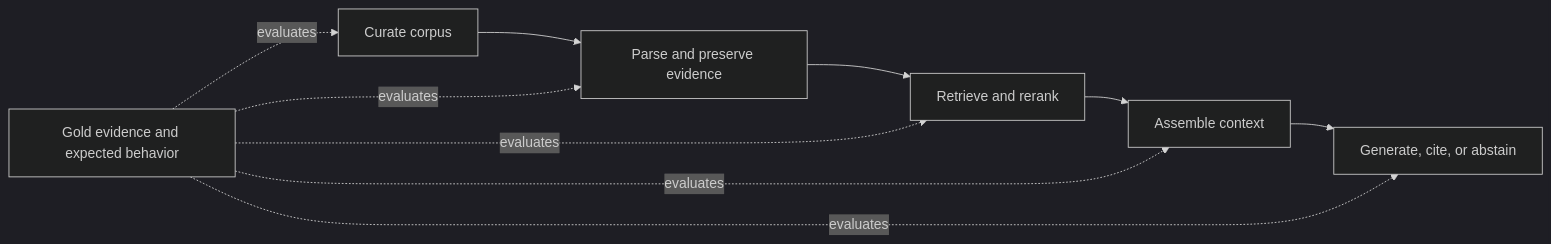
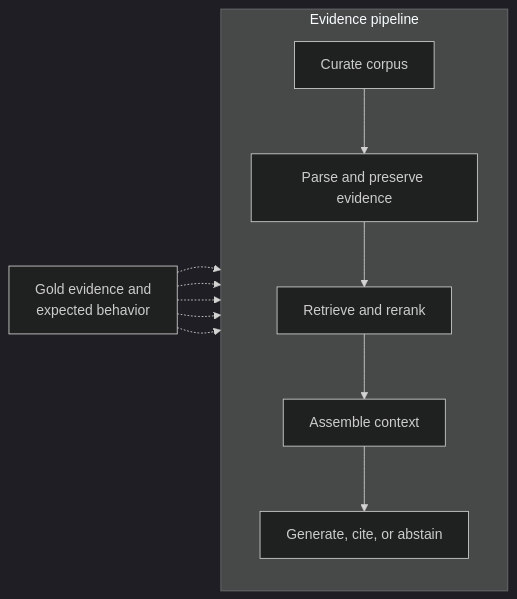
One commit to hwcmu/hwcmu.github.io changed the diagram in content/notes/rag-evidence-pipeline.md. Above: the diagram before and after it, drawn with Mermaid (dark theme).

Commit message:
Refine RAG evidence pipeline diagram

````diff
--- a/content/notes/rag-evidence-pipeline.md
+++ b/content/notes/rag-evidence-pipeline.md
@@ -47,12 +47,16 @@
 ```mermaid
 flowchart LR
-    A["Curate corpus"] --> B["Parse and preserve evidence"]
-    B --> C["Retrieve and rerank"]
-    C --> D["Assemble context"]
-    D --> E["Generate, cite, or abstain"]
-    F["Gold evidence and expected behavior"] -. evaluates .-> A
-    F -. evaluates .-> B
-    F -. evaluates .-> C
-    F -. evaluates .-> D
-    F -. evaluates .-> E
+    F["Gold evidence and<br/>expected behavior"]
+    subgraph pipeline["Evidence pipeline"]
+        direction TB
+        A["Curate corpus"] --> B["Parse and preserve evidence"]
+        B --> C["Retrieve and rerank"]
+        C --> D["Assemble context"]
+        D --> E["Generate, cite, or abstain"]
+    end
+    F -.-> A
+    F -.-> B
+    F -.-> C
+    F -.-> D
+    F -.-> E
 ```
````
